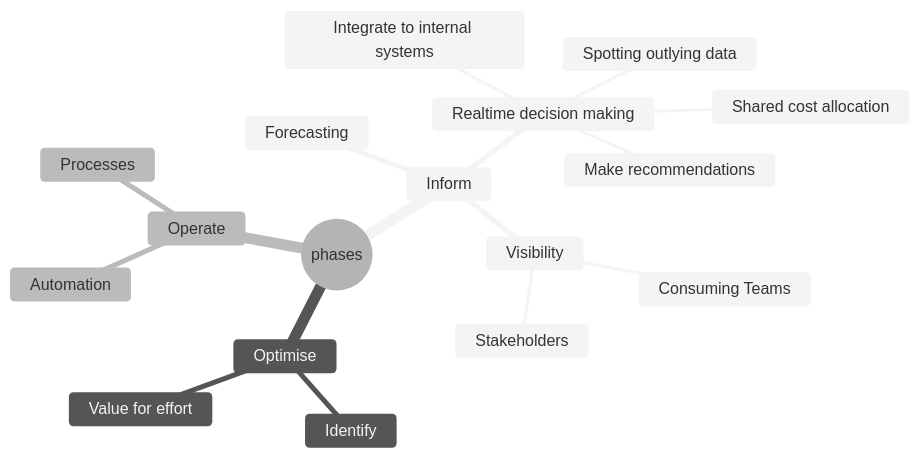
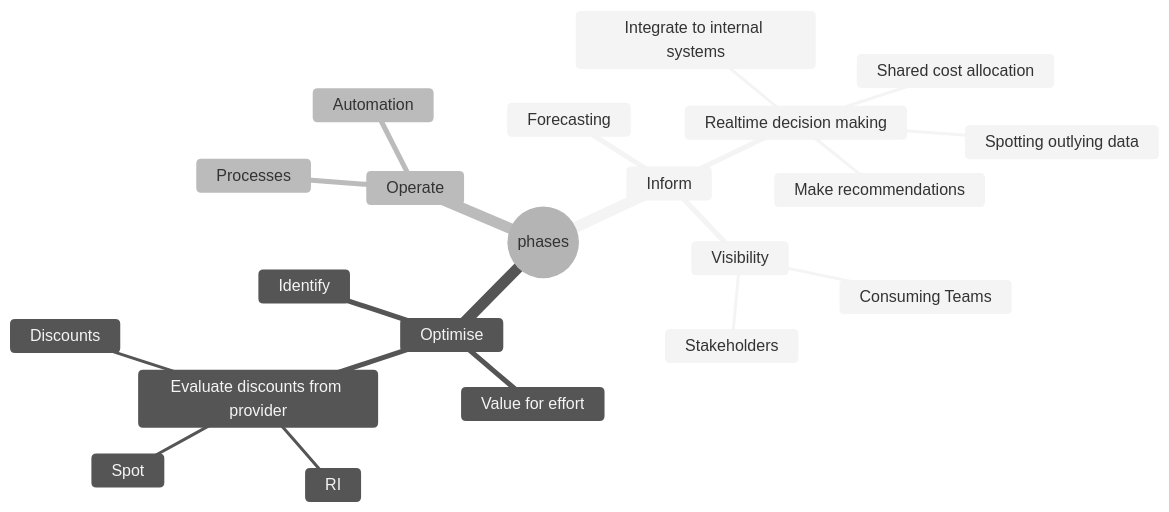
The diagram in README.md (finoops/FinOps-Cheatsheet), drawn with Mermaid (neutral theme) before and after one commit.

````diff
--- a/README.md
+++ b/README.md
@@ -5,23 +5,27 @@
 ```mermaid
 mindmap
   root((phases))
     Inform
       Forecasting
       Realtime decision making
         Spotting outlying data
         Integrate to internal systems
         Shared cost allocation
         Make recommendations
         
       Visibility
       ::icon(fa fa-book)
         Consuming Teams
         Stakeholders 
 
     Optimise
       Identify
       Value for effort
+      Evaluate discounts from provider
+        RI
+        Spot
+        Discounts
     Operate
       Processes
       Automation
 ```
````
